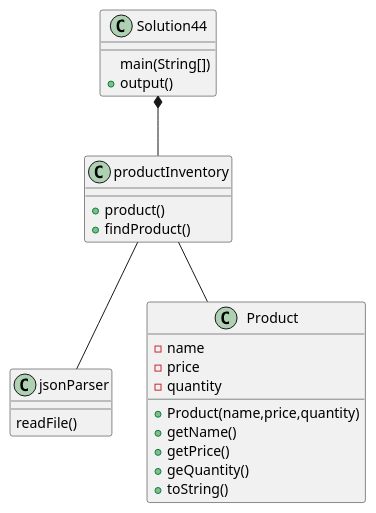
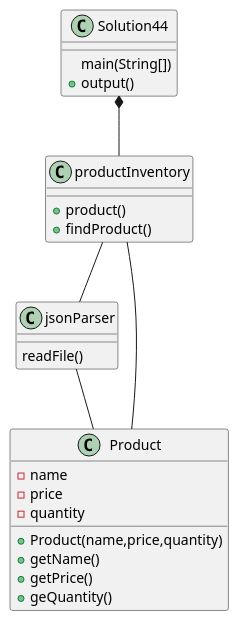
One commit to cachemoney-3000/samontanez-a04 changed the diagram in exercise44/docs/Solution44_ClassDiagram.puml. Above: the diagram before and after it, drawn with PlantUML. The commit also changed 13 other files, not shown here.

```diff
--- a/exercise44/docs/Solution44_ClassDiagram.puml
+++ b/exercise44/docs/Solution44_ClassDiagram.puml
@@ -1,35 +1,35 @@
 @startuml
 class Solution44 {
     'attributes
     main(String[])
     +output()
 }
 
 class jsonParser {
     readFile()
 }
 
 class Product{
     'attributes
     -name
     -price
     -quantity
 
     +Product(name,price,quantity)
     +getName()
     +getPrice()
     +geQuantity()
-    +toString()
 }
 
 class productInventory{
     'attributes
     +product()
     +findProduct()
 
 }
 
 Solution44 *-- productInventory
 productInventory -- jsonParser
 productInventory -- Product
+jsonParser -- Product
 @enduml
```
